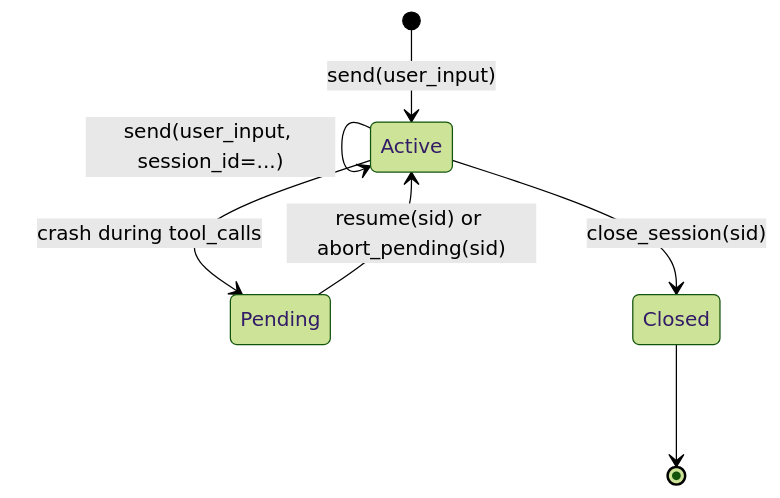
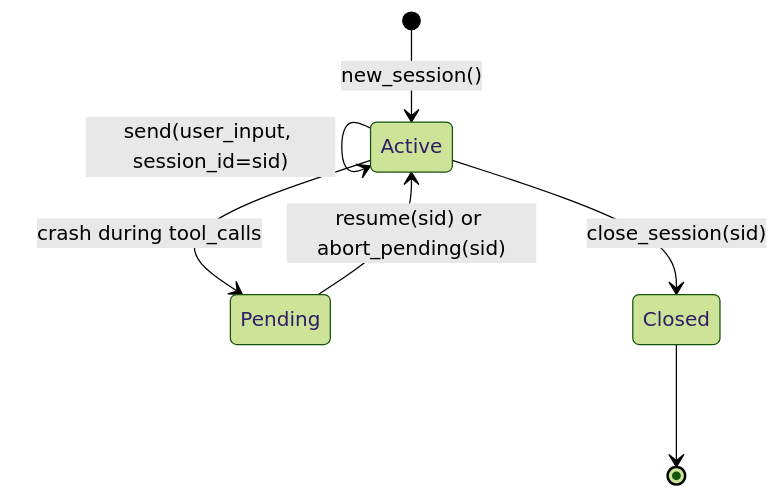
One commit to PL-play/power-loop changed the diagram in docs/en/user-guide/sessions.md. Above: the diagram before and after it, drawn with Mermaid (forest theme). The commit also changed other lines of this file and 58 other files, not shown here.

````diff
--- a/docs/en/user-guide/sessions.md
+++ b/docs/en/user-guide/sessions.md
@@ -9,9 +9,9 @@
 ```mermaid
 stateDiagram-v2
-    [*] --> Active: send(user_input)
-    Active --> Active: send(user_input, session_id=...)
+    [*] --> Active: new_session()
+    Active --> Active: send(user_input, session_id=sid)
     Active --> Closed: close_session(sid)
     Active --> Pending: crash during tool_calls
     Pending --> Active: resume(sid) or abort_pending(sid)
     Closed --> [*]
 ```
````
